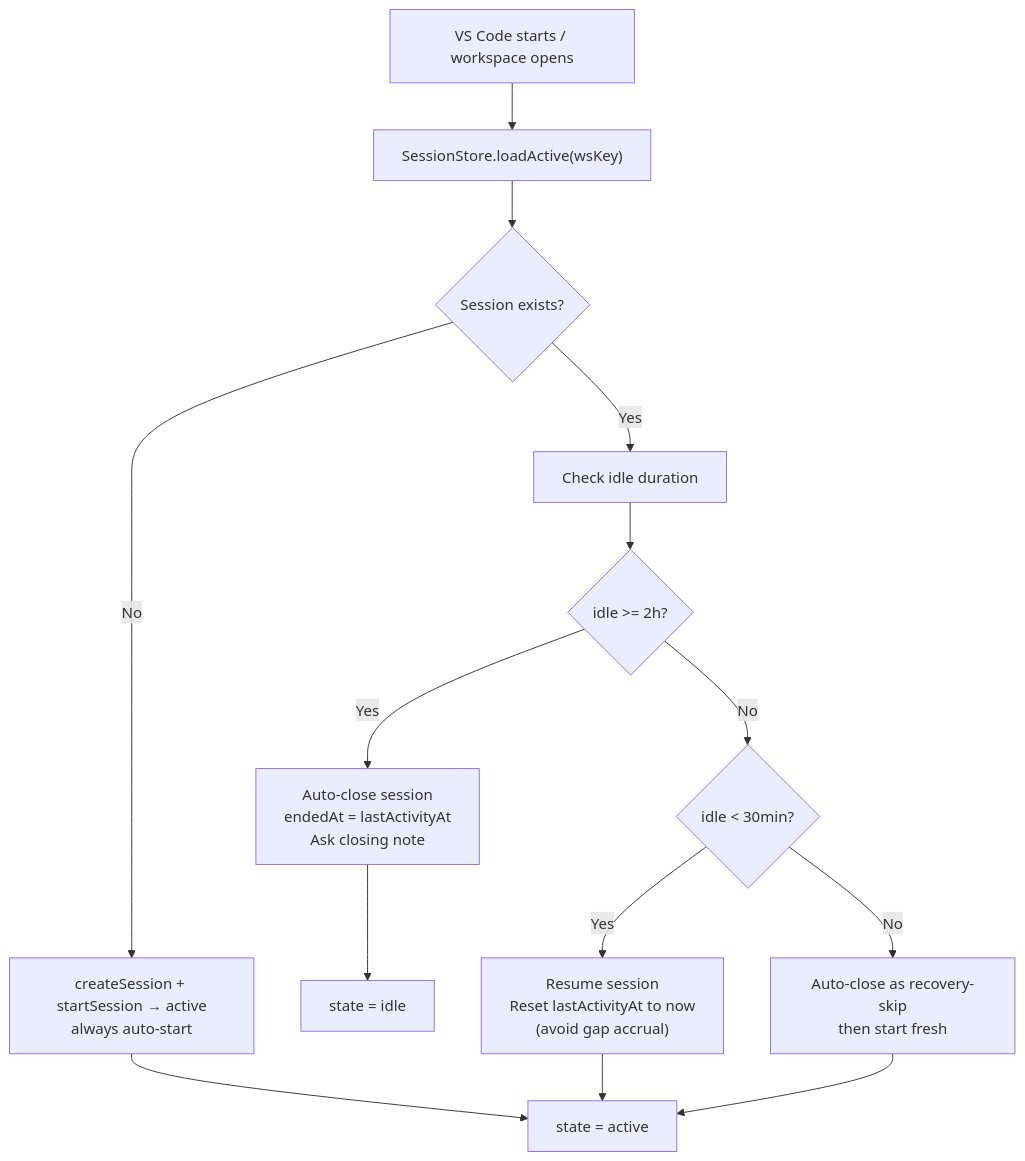
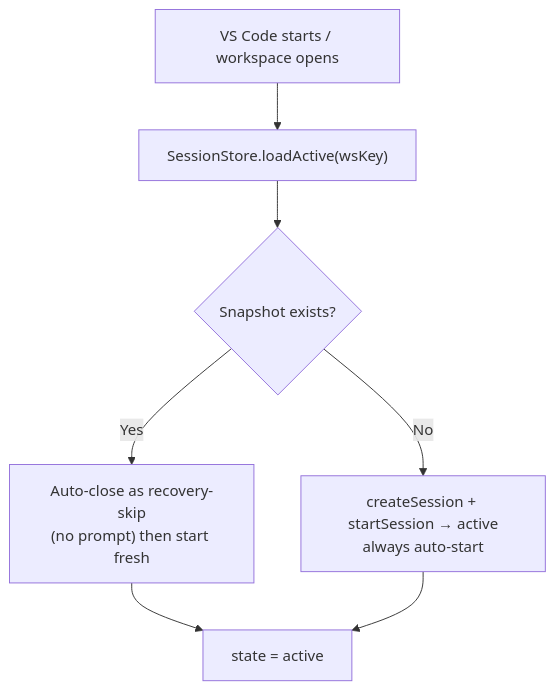
The seventh of 7 diagrams in docs/architecture.md (lawaty/lalog), drawn with Mermaid before and after one commit. The commit also changed other lines of this file and 45 other files, not shown here.

````diff
--- a/docs/architecture.md
+++ b/docs/architecture.md
@@ -420,20 +424,11 @@
 ```mermaid
 flowchart TD
     START["VS Code starts / workspace opens"] --> LOAD["SessionStore.loadActive(wsKey)"]
-    LOAD --> EXISTS{Session exists?}
+    LOAD --> EXISTS{Snapshot exists?}
 
     EXISTS -->|No| NEW["createSession + startSession → active<br/>always auto-start"]
-    EXISTS -->|Yes| CHECK["Check idle duration"]
+    EXISTS -->|Yes| RECOV_SKIP["Auto-close as recovery-skip<br/>(no prompt) then start fresh"]
 
-    CHECK --> IDLE2H{idle >= 2h?}
-    IDLE2H -->|Yes| AUTOCLOSE["Auto-close session<br/>endedAt = lastActivityAt<br/>Ask closing note"]
-    IDLE2H -->|No| IDLE30M{idle < 30min?}
-
-    IDLE30M -->|Yes| RESUME["Resume session<br/>Reset lastActivityAt to now<br/>(avoid gap accrual)"]
-    IDLE30M -->|No| RECOV_SKIP["Auto-close as recovery-skip<br/>then start fresh"]
-
-    AUTOCLOSE --> IDLE["state = idle"]
-    RESUME --> ACTIVE["state = active"]
-    RECOV_SKIP --> ACTIVE
+    RECOV_SKIP --> ACTIVE["state = active"]
     NEW --> ACTIVE
 ```
````
